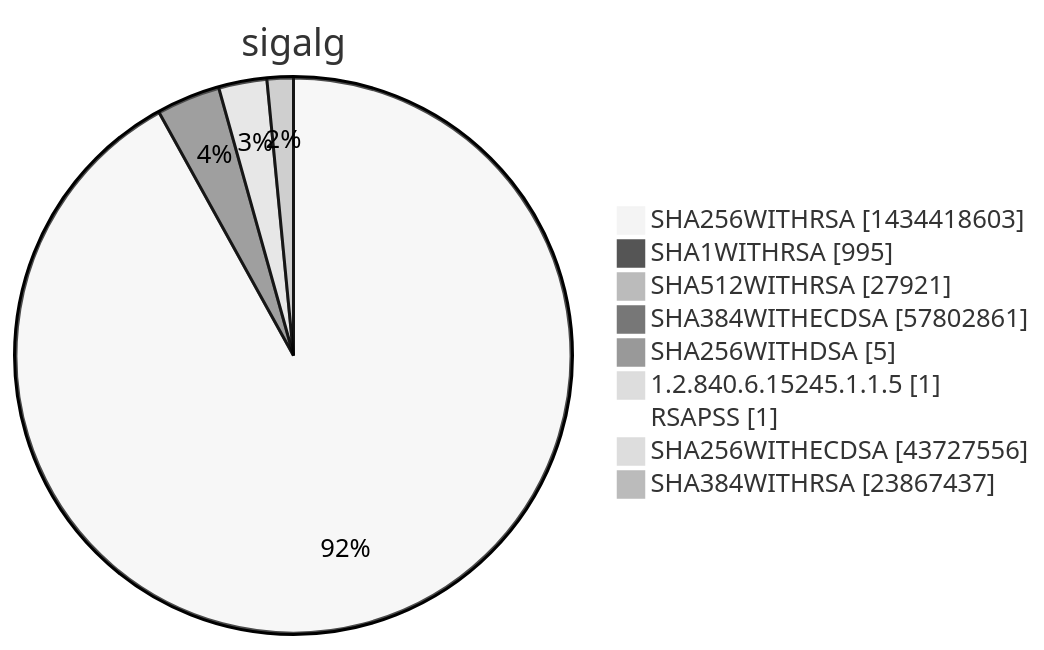
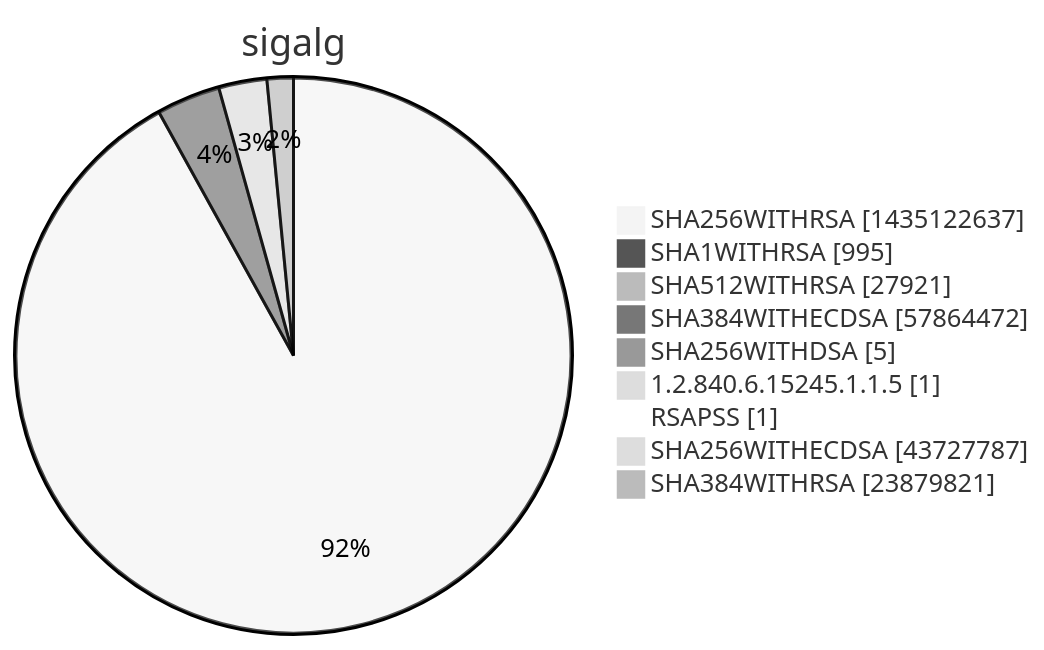
One commit to christiankrug/ctmonitor_visualization changed diagram 15 of 15 in xenon2022/README.md. Above: the diagram before and after it, drawn with Mermaid (neutral theme). The commit also changed other lines of this file, not shown here.

````diff
--- a/xenon2022/README.md
+++ b/xenon2022/README.md
@@ -5861,13 +5861,13 @@
 ```mermaid
 pie showData
 title sigalg
-"SHA256WITHRSA" :1434418603
+"SHA256WITHRSA" :1435122637
 "SHA1WITHRSA" :995
 "SHA512WITHRSA" :27921
-"SHA384WITHECDSA" :57802861
+"SHA384WITHECDSA" :57864472
 "SHA256WITHDSA" :5
 "1.2.840.6.15245.1.1.5" :1
 "RSAPSS" :1
-"SHA256WITHECDSA" :43727556
-"SHA384WITHRSA" :23867437
+"SHA256WITHECDSA" :43727787
+"SHA384WITHRSA" :23879821
 ```
````
